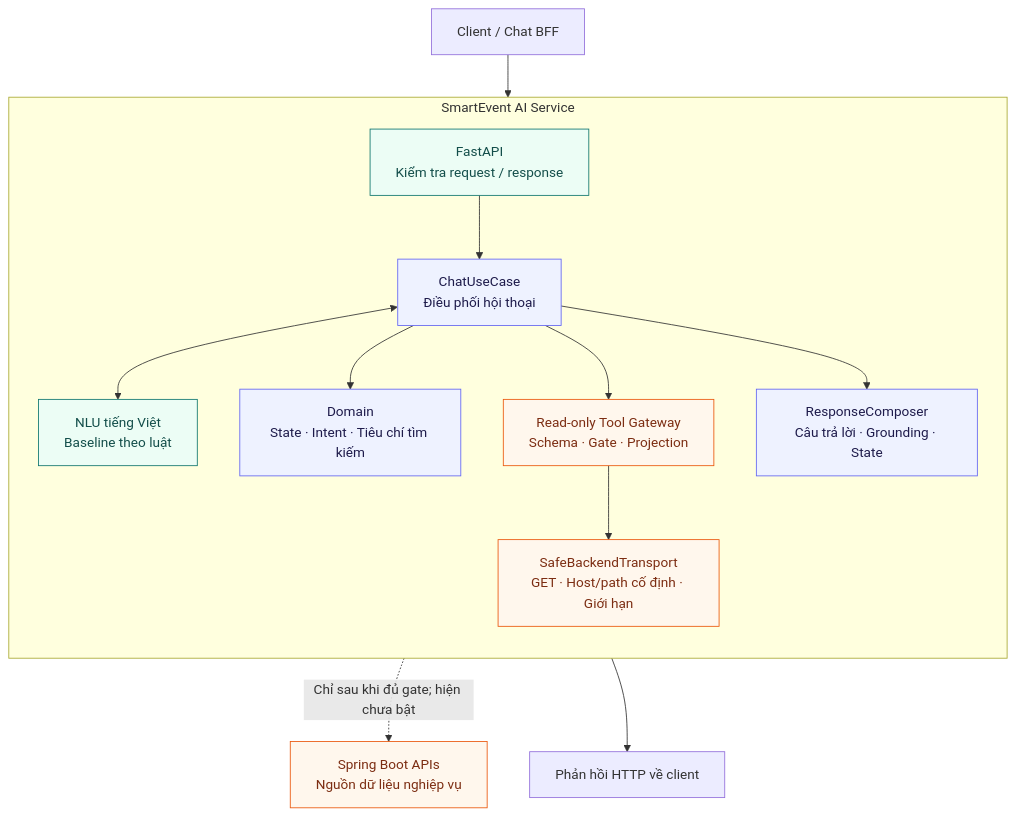
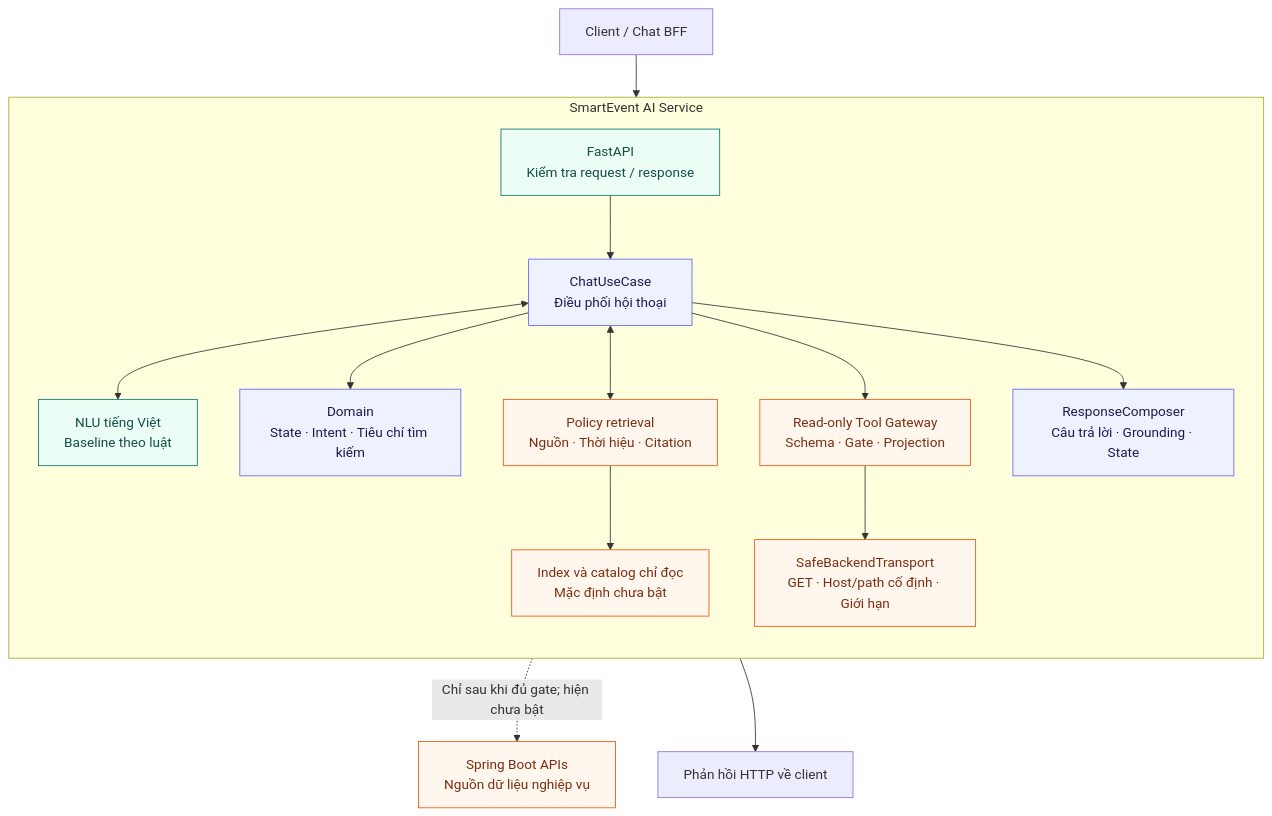
One commit to smartevent-ticketing/ai-service changed the diagram in README.md. Above: the diagram before and after it, drawn with Mermaid. The commit also changed other lines of this file and 15 other files, not shown here.

````diff
--- a/README.md
+++ b/README.md
@@ -52,24 +56,26 @@
 ```mermaid
 flowchart TB
     Client["Client / Chat BFF"] --> HTTP
 
     subgraph AI["SmartEvent AI Service"]
         direction TB
         HTTP["FastAPI<br/>Kiểm tra request / response"] --> Chat["ChatUseCase<br/>Điều phối hội thoại"]
         Chat <--> NLU["NLU tiếng Việt<br/>Baseline theo luật"]
         Chat --> Domain["Domain<br/>State · Intent · Tiêu chí tìm kiếm"]
+        Chat <--> Policy["Policy retrieval<br/>Nguồn · Thời hiệu · Citation"]
+        Policy --> Corpus["Index và catalog chỉ đọc<br/>Mặc định chưa bật"]
         Chat --> Gateway["Read-only Tool Gateway<br/>Schema · Gate · Projection"]
         Gateway --> Transport["SafeBackendTransport<br/>GET · Host/path cố định · Giới hạn"]
         Chat --> Composer["ResponseComposer<br/>Câu trả lời · Grounding · State"]
     end
 
     Transport -. "Chỉ sau khi đủ gate; hiện chưa bật" .-> Backend["Spring Boot APIs<br/>Nguồn dữ liệu nghiệp vụ"]
     Composer --> Result["Phản hồi HTTP về client"]
 
     classDef core fill:#eef2ff,stroke:#6366f1,color:#1e1b4b;
     classDef boundary fill:#ecfdf5,stroke:#0f766e,color:#134e4a;
     classDef gated fill:#fff7ed,stroke:#ea580c,color:#7c2d12;
     class Chat,Domain,Composer core;
     class HTTP,NLU boundary;
-    class Gateway,Transport,Backend gated;
+    class Gateway,Transport,Backend,Policy,Corpus gated;
 ```
````
